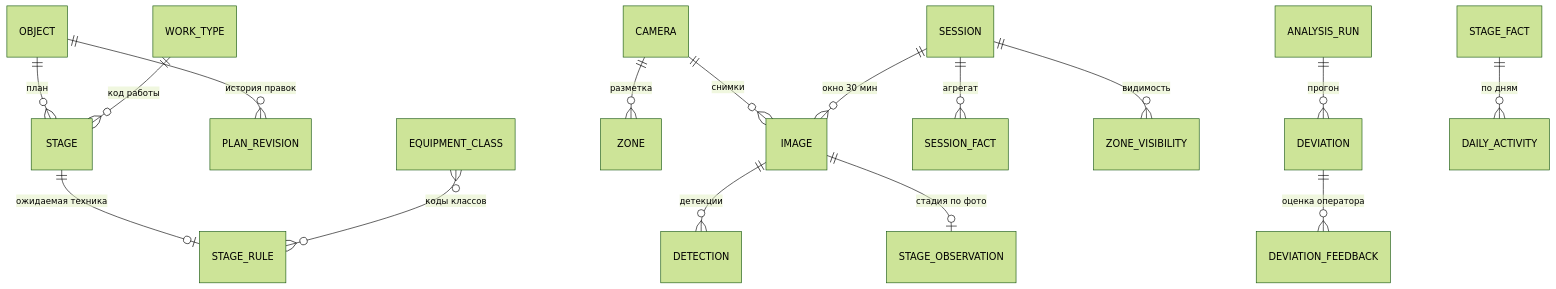
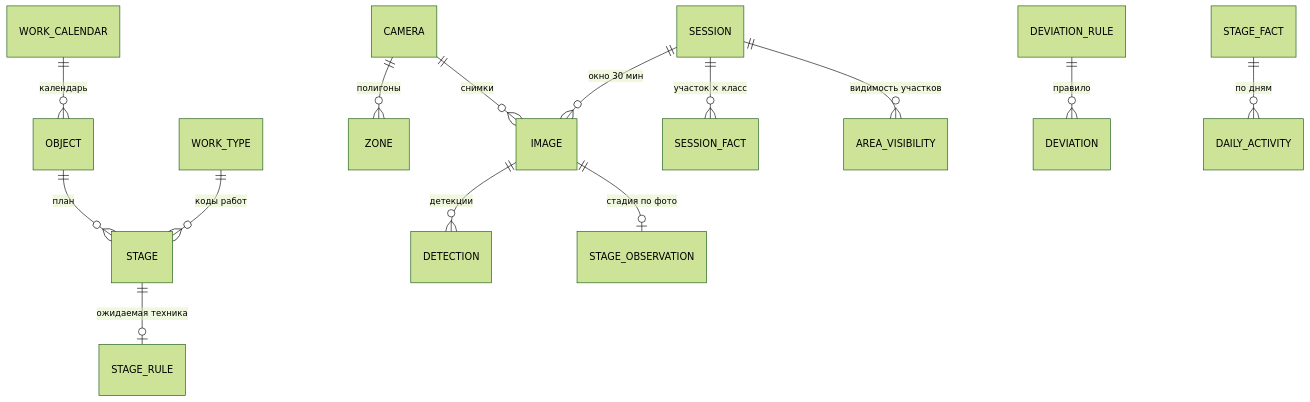
Before and after one commit to cerXXXX/ConstructionSupervision: the diagram in docs/data-model.md, drawn with Mermaid (forest theme). The commit also changed other lines of this file and 45 other files, not shown here.

````diff
--- a/docs/data-model.md
+++ b/docs/data-model.md
@@ -17,20 +28,18 @@
 ```mermaid
 erDiagram
+    WORK_CALENDAR ||--o{ OBJECT : "календарь"
     OBJECT ||--o{ STAGE : "план"
     STAGE ||--o| STAGE_RULE : "ожидаемая техника"
-    OBJECT ||--o{ PLAN_REVISION : "история правок"
-    EQUIPMENT_CLASS }o--o{ STAGE_RULE : "коды классов"
-    WORK_TYPE ||--o{ STAGE : "код работы"
+    WORK_TYPE ||--o{ STAGE : "коды работ"
 
-    CAMERA ||--o{ ZONE : "разметка"
+    CAMERA ||--o{ ZONE : "полигоны"
     CAMERA ||--o{ IMAGE : "снимки"
     SESSION ||--o{ IMAGE : "окно 30 мин"
     IMAGE ||--o{ DETECTION : "детекции"
     IMAGE ||--o| STAGE_OBSERVATION : "стадия по фото"
-    SESSION ||--o{ SESSION_FACT : "агрегат"
-    SESSION ||--o{ ZONE_VISIBILITY : "видимость"
+    SESSION ||--o{ SESSION_FACT : "участок × класс"
+    SESSION ||--o{ AREA_VISIBILITY : "видимость участков"
 
-    ANALYSIS_RUN ||--o{ DEVIATION : "прогон"
+    DEVIATION_RULE ||--o{ DEVIATION : "правило"
     STAGE_FACT ||--o{ DAILY_ACTIVITY : "по дням"
-    DEVIATION ||--o{ DEVIATION_FEEDBACK : "оценка оператора"
 ```
````
